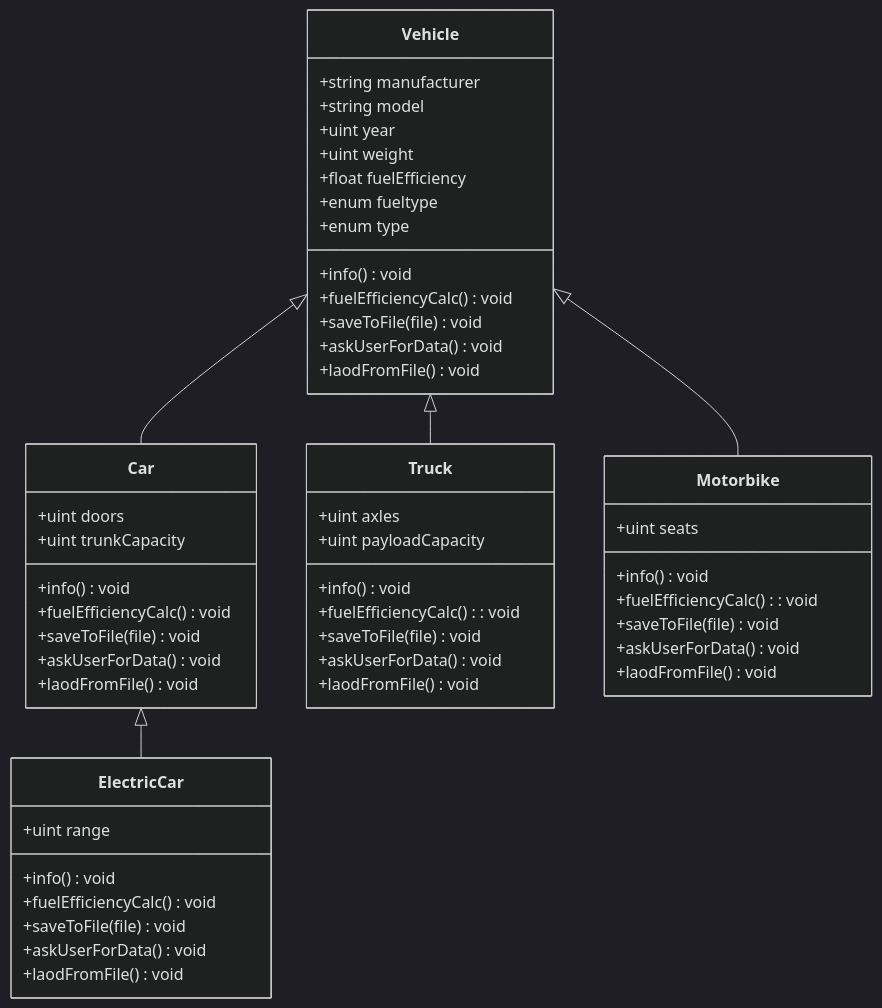
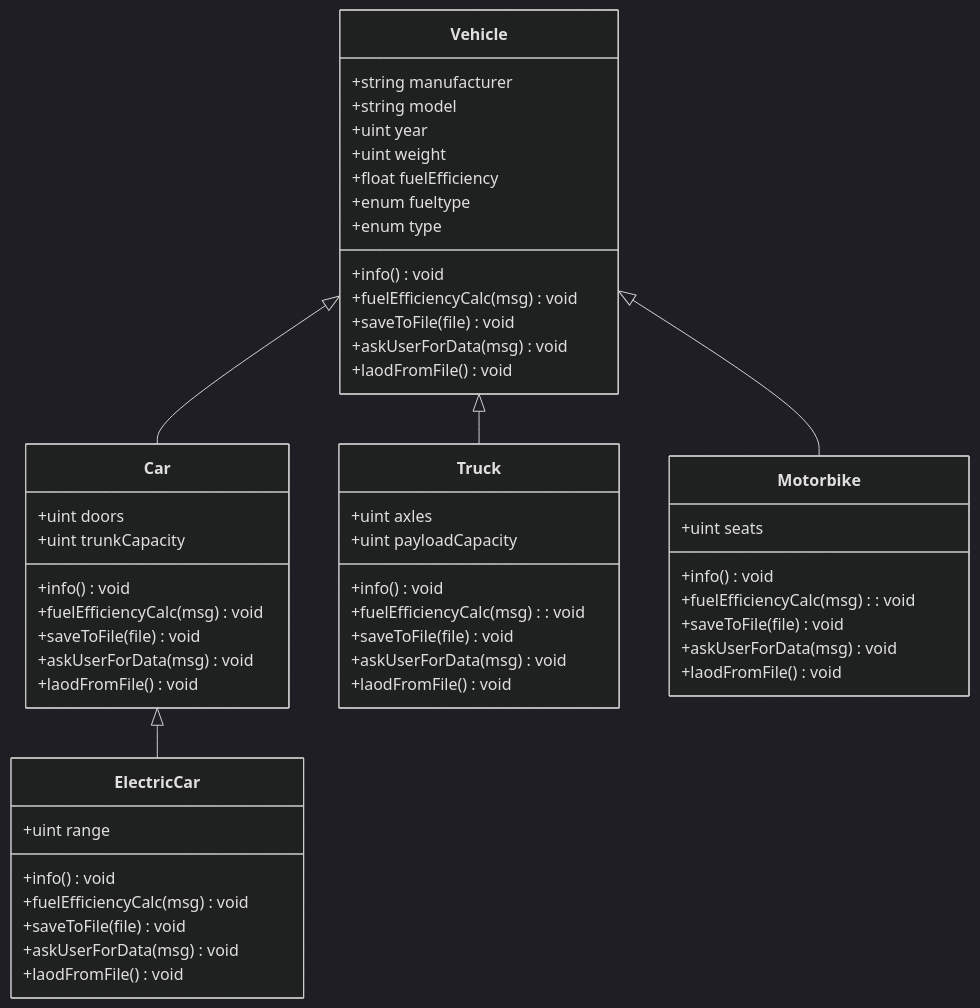
One commit to asamaranch78/swatcplusplus25Q4 changed the first of 6 diagrams in FinalProject/Readme.md. Above: the diagram before and after it, drawn with Mermaid (dark theme). The commit also changed other lines of this file, not shown here.

````diff
--- a/FinalProject/Readme.md
+++ b/FinalProject/Readme.md
@@ -56,60 +56,60 @@
 ```mermaid
 classDiagram
 	Vehicle <|-- Car
 	Vehicle <|-- Truck
 	Car <|-- ElectricCar
 	Vehicle <|-- Motorbike
 	
 	class Vehicle {
 		+string manufacturer
 		+string model
 		+uint year
 		+uint weight
 		+float fuelEfficiency
 		+enum fueltype
 		+enum type
 		+info() void
-		+fuelEfficiencyCalc() void
+		+fuelEfficiencyCalc(msg) void
         +saveToFile(file) void
-        +askUserForData() void
+        +askUserForData(msg) void
         +laodFromFile() void
 	}
 
 	class Car {
 		+uint doors
 		+uint trunkCapacity
 		+info() void
-		+fuelEfficiencyCalc() void
+		+fuelEfficiencyCalc(msg) void
         +saveToFile(file) void
-        +askUserForData() void
+        +askUserForData(msg) void
         +laodFromFile() void
 	}
 
 	class ElectricCar {
 		+uint range
 		+info() void
-		+fuelEfficiencyCalc() void
+		+fuelEfficiencyCalc(msg) void
         +saveToFile(file) void
-        +askUserForData() void
+        +askUserForData(msg) void
         +laodFromFile() void
 	}
 
 	class Truck {
 		+uint axles
 		+uint payloadCapacity
 		+info() void
-		+fuelEfficiencyCalc(): void
+		+fuelEfficiencyCalc(msg): void
         +saveToFile(file) void
-        +askUserForData() void
+        +askUserForData(msg) void
         +laodFromFile() void
 	}
 
 	class Motorbike {
 		+uint seats
 		+info() void
-		+fuelEfficiencyCalc(): void
+		+fuelEfficiencyCalc(msg): void
         +saveToFile(file) void
-        +askUserForData() void
+        +askUserForData(msg) void
         +laodFromFile() void
 	}
 ```
````
